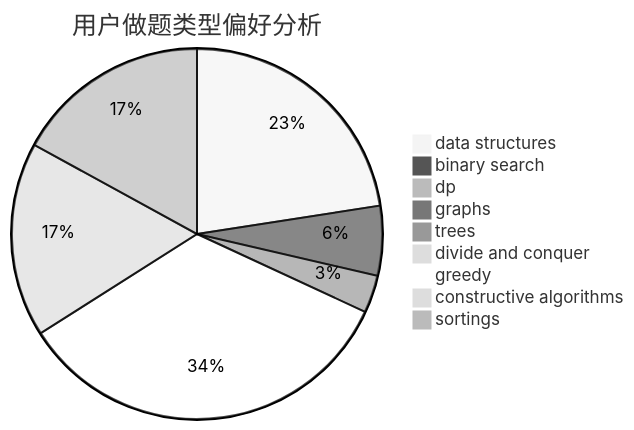
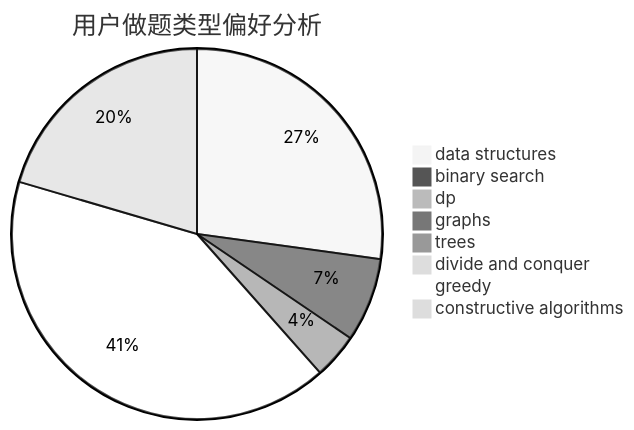
One commit to sherpahu/cfrs.github.io changed the second of 3 diagrams in docs/user/u1336.md. Above: the diagram before and after it, drawn with Mermaid (neutral theme). The commit also changed other lines of this file and 2769 other files, not shown here.

````diff
--- a/docs/user/u1336.md
+++ b/docs/user/u1336.md
@@ -18,12 +18,11 @@
 ```mermaid
 pie title 用户做题类型偏好分析
     "data structures" :  453
     "binary search" :  122
     "dp" :  0
     "graphs" :  2
     "trees" :  66
     "divide and conquer" :  0
     "greedy" :  685
     "constructive algorithms" :  341
-    "sortings" :  342
 ```
````
